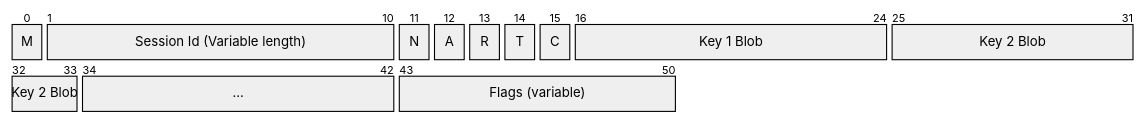
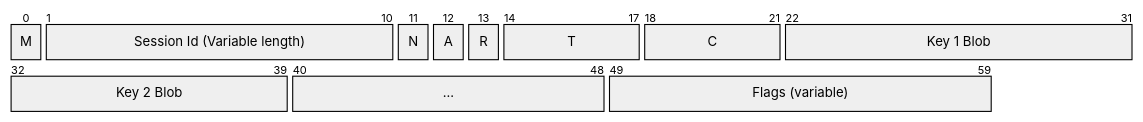
Before and after one commit to dotnet/systemweb-adapters: the first of 6 diagrams in designs/session-serialization.md, drawn with Mermaid. The commit also changed other lines of this file and 18 other files, not shown here.

````diff
--- a/designs/session-serialization.md
+++ b/designs/session-serialization.md
@@ -7,14 +10,14 @@
 ```mermaid
 packet-beta
 0: "M"
 1-10: "Session Id (Variable length)"
 11: "N"
 12: "A"
 13: "R"
-14: "T"
-15: "C"
-16-24: "Key 1 Blob"
-25-33: "Key 2 Blob"
-34-42: "..."
-43-50: "Flags (variable)"
+14-17: "T"
+18-21: "C"
+22-31: "Key 1 Blob"
+32-39: "Key 2 Blob"
+40-48: "..."
+49-59: "Flags (variable)"
 ```
````
